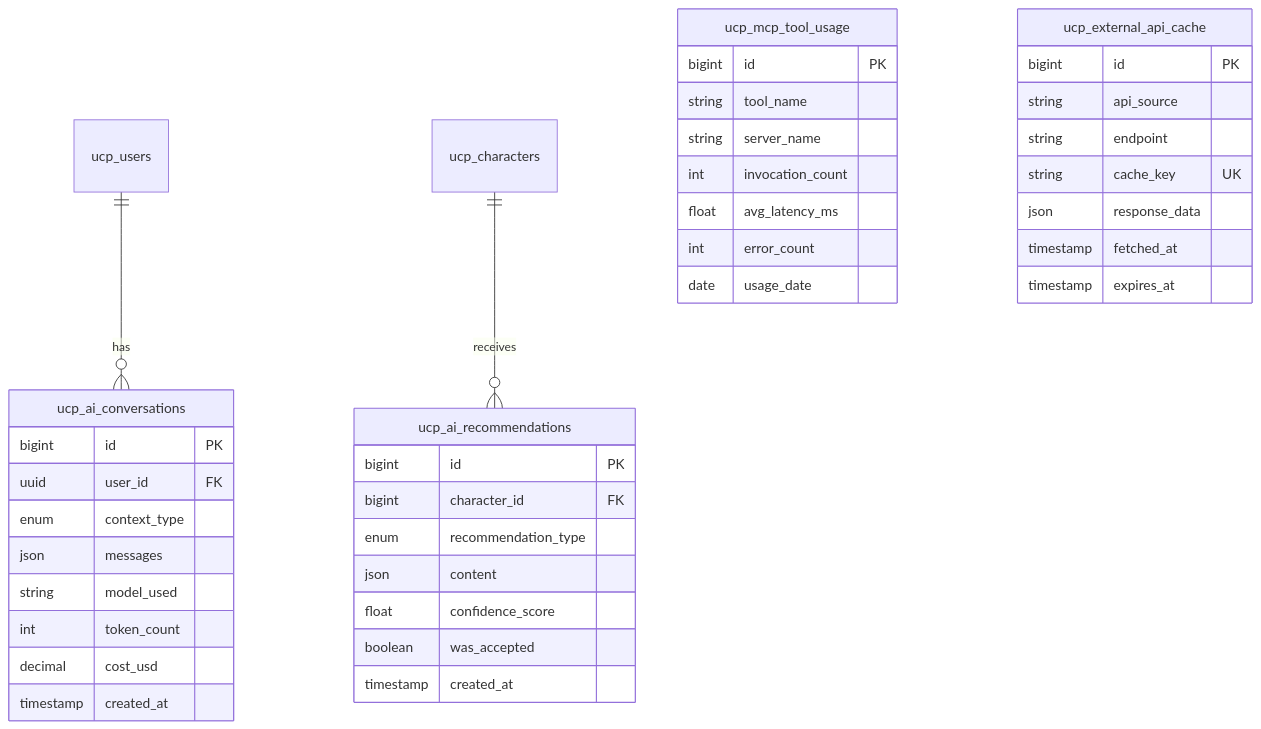
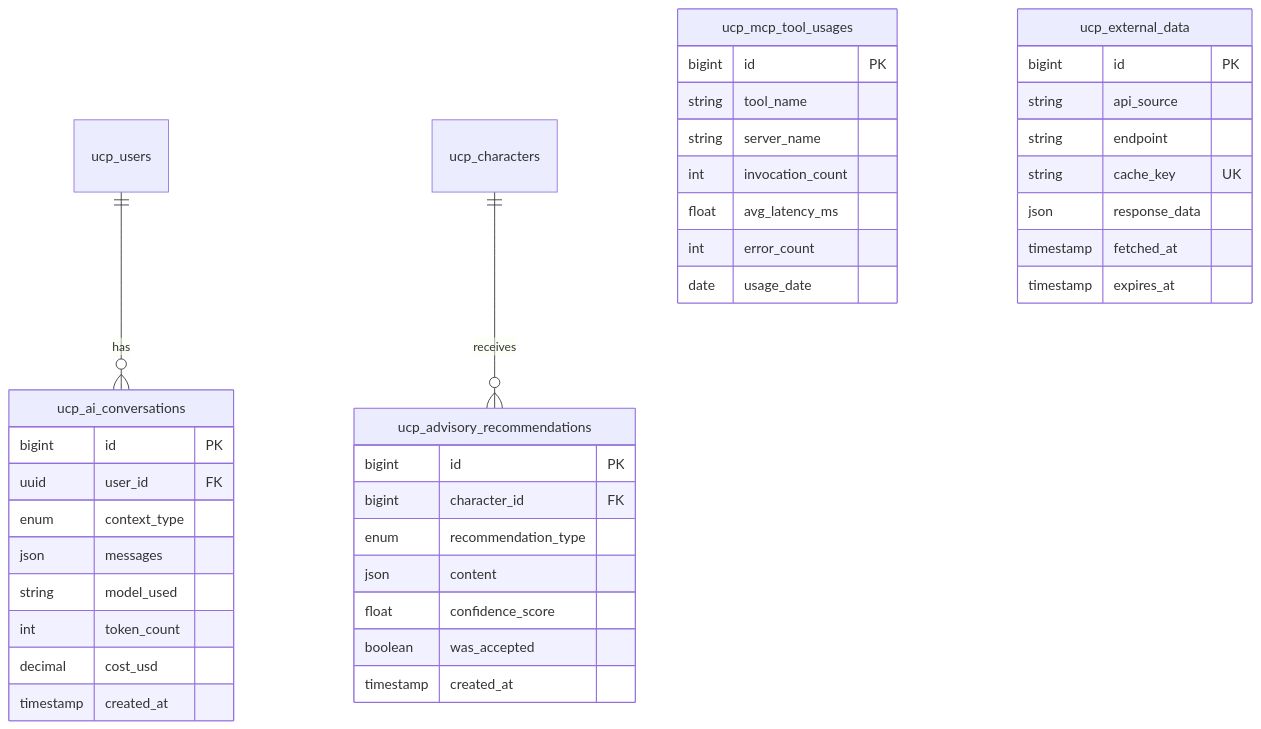
One commit to exatfrds67/umamusume-career-planner changed the third of 6 diagrams in docs/00-core-docs/009_DBD_Database_Documentation.md. Above: the diagram before and after it, drawn with Mermaid. The commit also changed other lines of this file and 111 other files, not shown here.

````diff
--- a/docs/00-core-docs/009_DBD_Database_Documentation.md
+++ b/docs/00-core-docs/009_DBD_Database_Documentation.md
@@ -240,46 +251,46 @@
 ```mermaid
 erDiagram
     ucp_users ||--o{ ucp_ai_conversations : has
-    ucp_characters ||--o{ ucp_ai_recommendations : receives
+    ucp_characters ||--o{ ucp_advisory_recommendations : receives
     
     ucp_ai_conversations {
         bigint id PK
         uuid user_id FK
         enum context_type
         json messages
         string model_used
         int token_count
         decimal cost_usd
         timestamp created_at
     }
 
-    ucp_ai_recommendations {
+    ucp_advisory_recommendations {
         bigint id PK
         bigint character_id FK
         enum recommendation_type
         json content
         float confidence_score
         boolean was_accepted
         timestamp created_at
     }
 
-    ucp_mcp_tool_usage {
+    ucp_mcp_tool_usages {
         bigint id PK
         string tool_name
         string server_name
         int invocation_count
         float avg_latency_ms
         int error_count
         date usage_date
     }
 
-    ucp_external_api_cache {
+    ucp_external_data {
         bigint id PK
         string api_source
         string endpoint
         string cache_key UK
         json response_data
         timestamp fetched_at
         timestamp expires_at
     }
 ```
````
